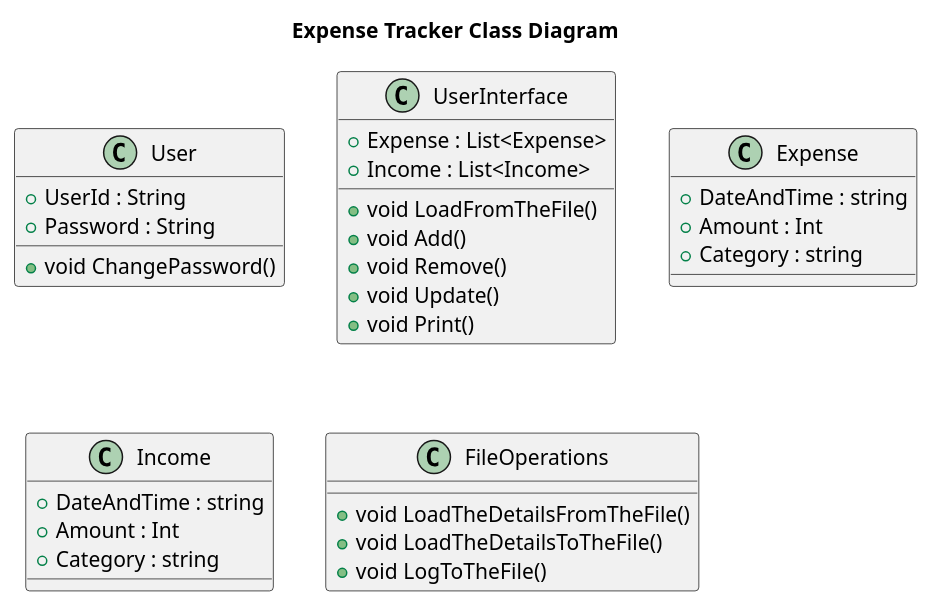
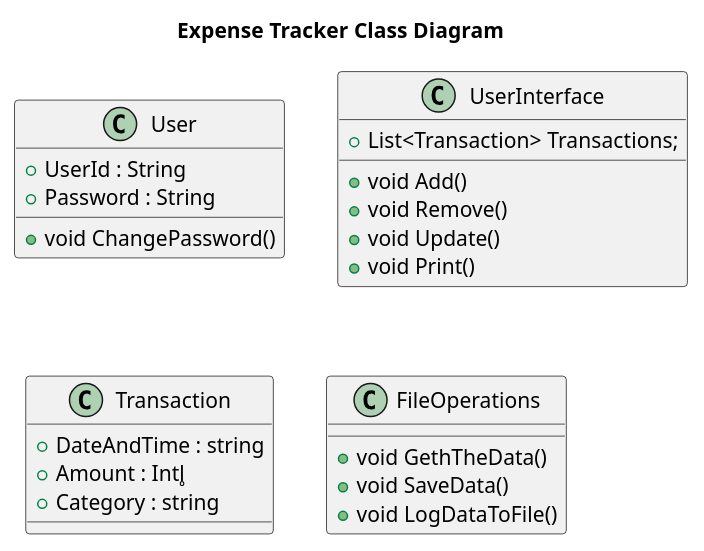
One commit to aristovinceselvanathan/TIPS changed the diagram in src/Phase2Task/Phase2Task/ExpenseTracker/ExpenseTrackerClassDiagram.puml. Above: the diagram before and after it, drawn with PlantUML. The commit also changed 2 other files, not shown here.

```diff
--- a/src/Phase2Task/Phase2Task/ExpenseTracker/ExpenseTrackerClassDiagram.puml
+++ b/src/Phase2Task/Phase2Task/ExpenseTracker/ExpenseTrackerClassDiagram.puml
@@ -1,34 +1,27 @@
 @startuml Expense Tracker
 title Expense Tracker Class Diagram
-class User{
+class User {
     +UserId : String
     +Password : String
     +void ChangePassword()
 }
 class UserInterface
 {
-    +Expense : List<Expense>
-    +Income : List<Income>
-    +void LoadFromTheFile()
+    +List<Transaction> Transactions;
     +void Add()
     +void Remove()
     +void Update()
     +void Print()
 }
-class Expense{
+class Transaction {
     +DateAndTime : string
-    +Amount : Int
-    +Category : string
-}
-class Income{
-    +DateAndTime : string
-    +Amount : Int
+    +Amount : Intl̥
     +Category : string
 }
 class FileOperations
 {
-    +void LoadTheDetailsFromTheFile()
-    +void LoadTheDetailsToTheFile()
-    +void LogToTheFile()
+    +void GethTheData()
+    +void SaveData()
+    +void LogDataToFile()
 }
 @enduml
```
